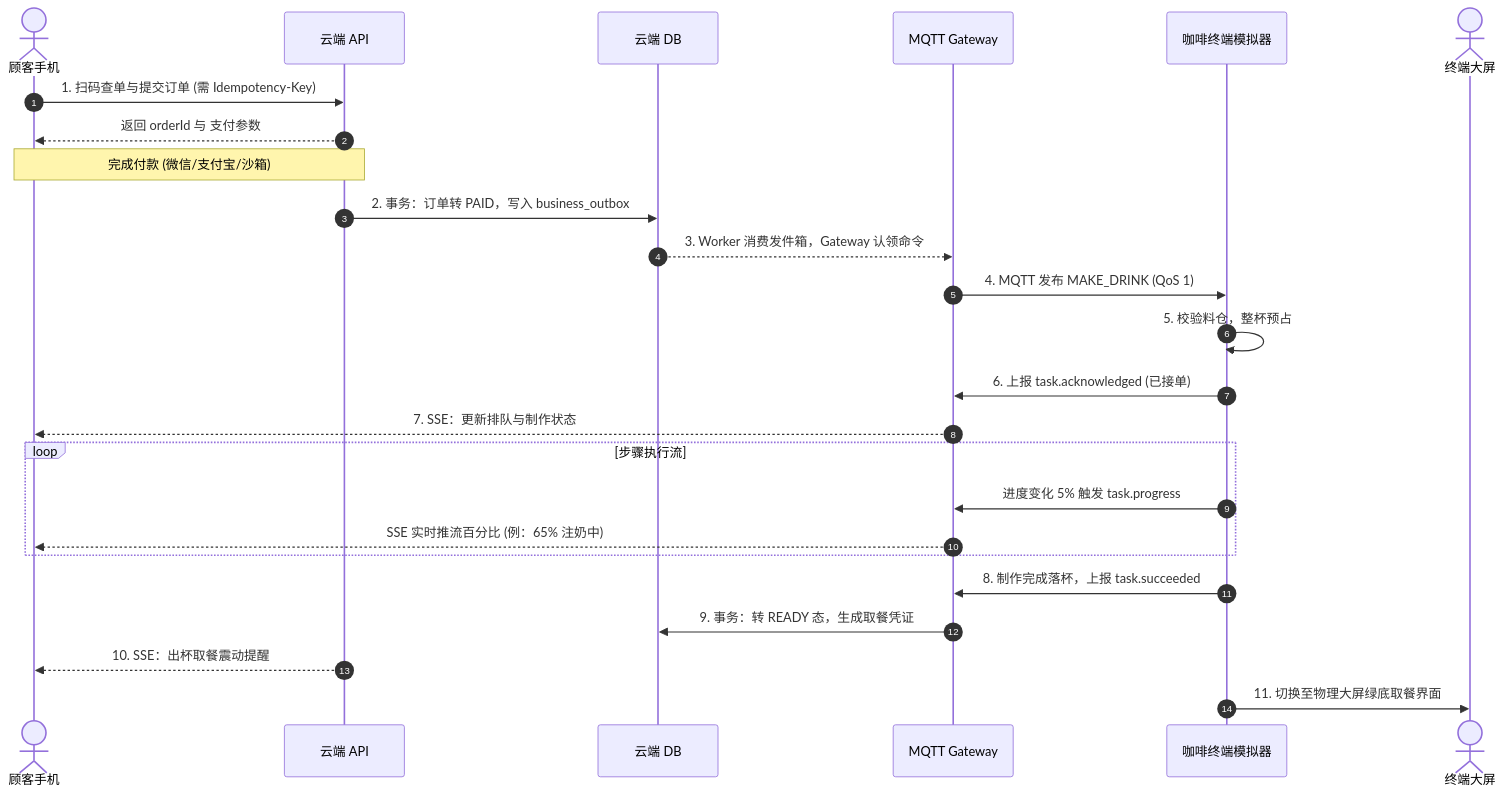
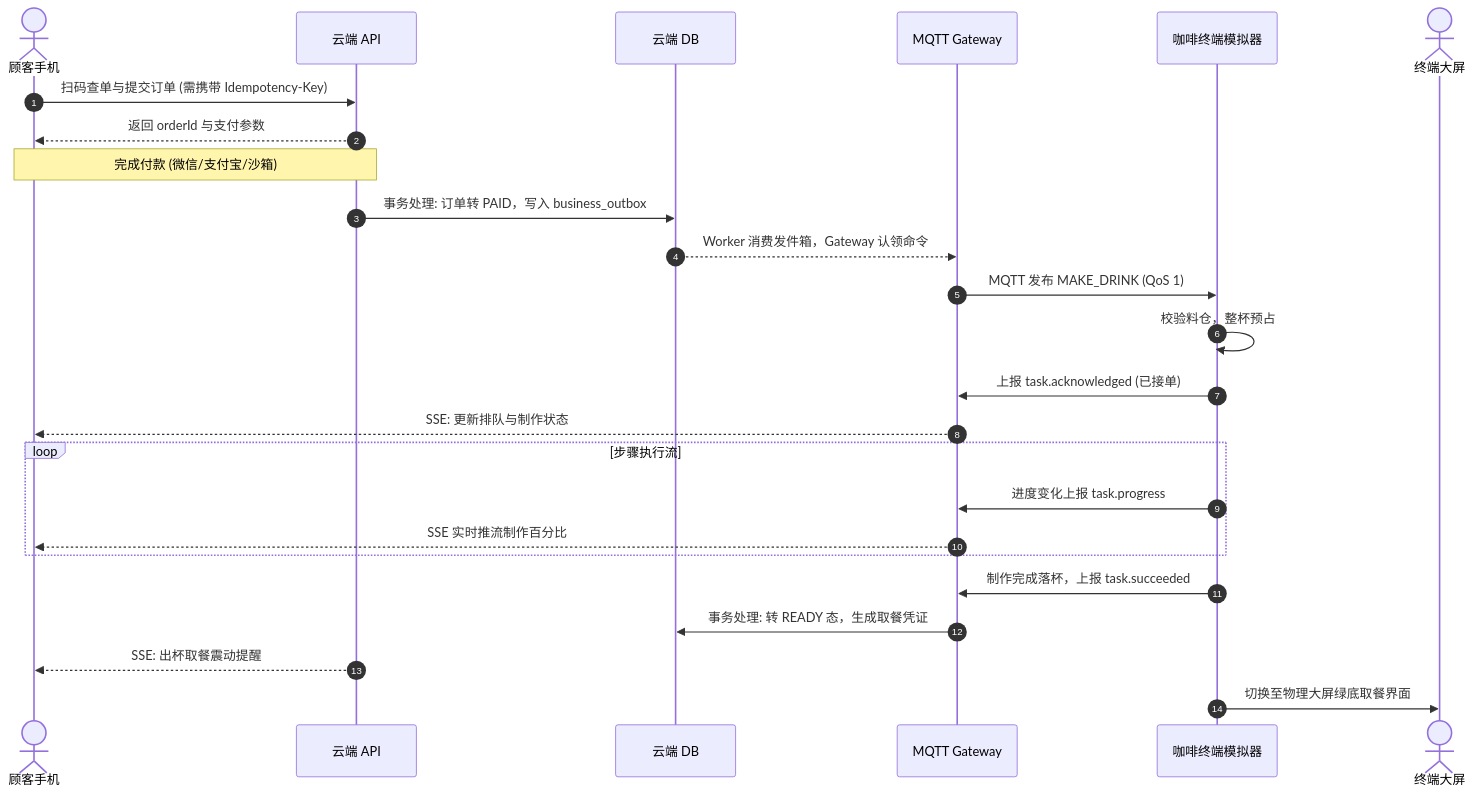
The second of 3 diagrams in README.zh-CN.md (woodbridgehi/coffee-cloud-mvp), drawn with Mermaid before and after one commit. The commit also changed other lines of this file and 1 other file, not shown here.

Commit message:
fix(docs): format Mermaid diagrams for strict GitHub renderer compatibility

````diff
--- a/README.zh-CN.md
+++ b/README.zh-CN.md
@@ -150,28 +150,28 @@
 ```mermaid
 sequenceDiagram
     autonumber
     actor Customer as 顾客手机
     participant CloudAPI as 云端 API
     participant CloudDB as 云端 DB
     participant Gateway as MQTT Gateway
     participant Terminal as 咖啡终端模拟器
     actor Screen as 终端大屏
 
-    Customer->>CloudAPI: 1. 扫码查单与提交订单 (需 Idempotency-Key)
-    CloudAPI-->>Customer: 返回 orderId 与 支付参数
-    Note over Customer,CloudAPI: 完成付款 (微信/支付宝/沙箱)
-    CloudAPI->>CloudDB: 2. 事务：订单转 PAID，写入 business_outbox
-    CloudDB-->>Gateway: 3. Worker 消费发件箱，Gateway 认领命令
-    Gateway->>Terminal: 4. MQTT 发布 MAKE_DRINK (QoS 1)
-    Terminal->>Terminal: 5. 校验料仓，整杯预占
-    Terminal->>Gateway: 6. 上报 task.acknowledged (已接单)
-    Gateway-->>Customer: 7. SSE：更新排队与制作状态
+    Customer->>CloudAPI: 扫码查单与提交订单 (需携带 Idempotency-Key)
+    CloudAPI-->>Customer: 返回 orderId 与支付参数
+    Note over Customer, CloudAPI: 完成付款 (微信/支付宝/沙箱)
+    CloudAPI->>CloudDB: 事务处理: 订单转 PAID，写入 business_outbox
+    CloudDB-->>Gateway: Worker 消费发件箱，Gateway 认领命令
+    Gateway->>Terminal: MQTT 发布 MAKE_DRINK (QoS 1)
+    Terminal->>Terminal: 校验料仓，整杯预占
+    Terminal->>Gateway: 上报 task.acknowledged (已接单)
+    Gateway-->>Customer: SSE: 更新排队与制作状态
     loop 步骤执行流
-        Terminal->>Gateway: 进度变化 5% 触发 task.progress
-        Gateway-->>Customer: SSE 实时推流百分比 (例：65% 注奶中)
+        Terminal->>Gateway: 进度变化上报 task.progress
+        Gateway-->>Customer: SSE 实时推流制作百分比
     end
-    Terminal->>Gateway: 8. 制作完成落杯，上报 task.succeeded
-    Gateway->>CloudDB: 9. 事务：转 READY 态，生成取餐凭证
-    CloudAPI-->>Customer: 10. SSE：出杯取餐震动提醒
-    Terminal->>Screen: 11. 切换至物理大屏绿底取餐界面
+    Terminal->>Gateway: 制作完成落杯，上报 task.succeeded
+    Gateway->>CloudDB: 事务处理: 转 READY 态，生成取餐凭证
+    CloudAPI-->>Customer: SSE: 出杯取餐震动提醒
+    Terminal->>Screen: 切换至物理大屏绿底取餐界面
 ```
````
